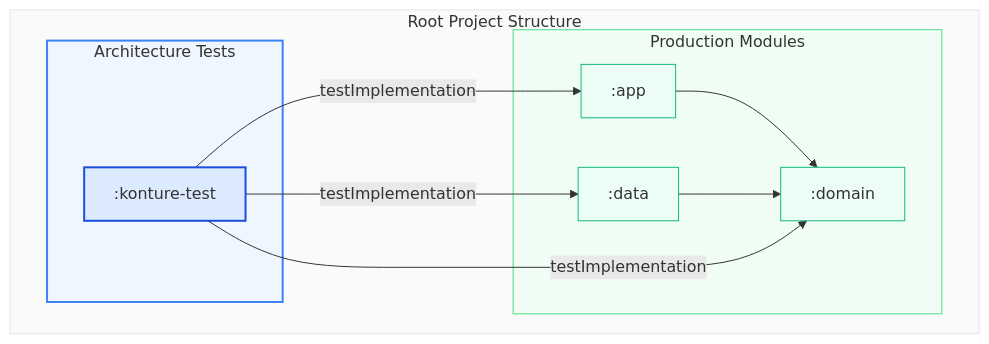
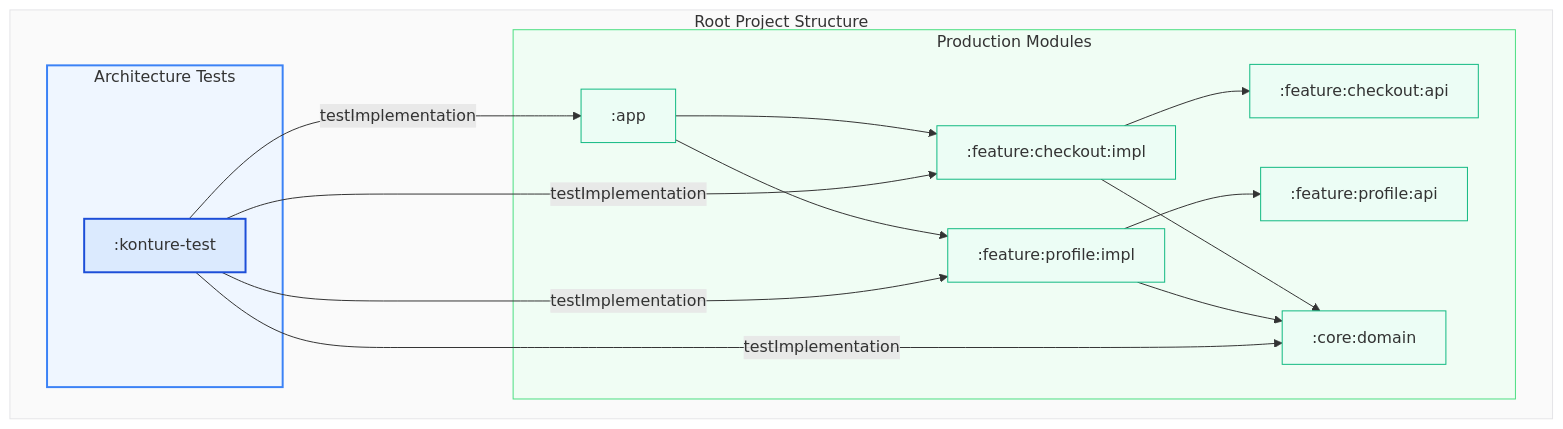
The first of 2 diagrams in docs/articles/kotlin-architecture-tests-with-konture.md (baole/konture), drawn with Mermaid before and after one commit. The commit also changed other lines of this file and 2 other files, not shown here.

````diff
--- a/docs/articles/kotlin-architecture-tests-with-konture.md
+++ b/docs/articles/kotlin-architecture-tests-with-konture.md
@@ -21,26 +21,34 @@
 ```mermaid
 flowchart TD
     subgraph Root ["Root Project Structure"]
         direction LR
         subgraph Prod ["Production Modules"]
-            App[":app"] --> Domain[":domain"]
-            Data[":data"] --> Domain
+            App[":app"] --> CheckoutImpl[":feature:checkout:impl"]
+            App --> ProfileImpl[":feature:profile:impl"]
+            CheckoutImpl --> CheckoutApi[":feature:checkout:api"]
+            ProfileImpl --> ProfileApi[":feature:profile:api"]
+            CheckoutImpl --> Core[":core:domain"]
+            ProfileImpl --> Core
         end
 
         subgraph Test ["Architecture Tests"]
             KT[":konture-test"]
         end
     end
 
     KT -->|testImplementation| App
-    KT -->|testImplementation| Data
-    KT -->|testImplementation| Domain
+    KT -->|testImplementation| CheckoutImpl
+    KT -->|testImplementation| ProfileImpl
+    KT -->|testImplementation| Core
 
     style Root fill:#fafafa,stroke:#e4e4e7,stroke-width:1px
     style Prod fill:#f0fdf4,stroke:#4ade80,stroke-width:1px
     style Test fill:#eff6ff,stroke:#3b82f6,stroke-width:2px
     style App fill:#ecfdf5,stroke:#10b981,stroke-width:1px
-    style Domain fill:#ecfdf5,stroke:#10b981,stroke-width:1px
-    style Data fill:#ecfdf5,stroke:#10b981,stroke-width:1px
+    style CheckoutImpl fill:#ecfdf5,stroke:#10b981,stroke-width:1px
+    style ProfileImpl fill:#ecfdf5,stroke:#10b981,stroke-width:1px
+    style CheckoutApi fill:#ecfdf5,stroke:#10b981,stroke-width:1px
+    style ProfileApi fill:#ecfdf5,stroke:#10b981,stroke-width:1px
+    style Core fill:#ecfdf5,stroke:#10b981,stroke-width:1px
     style KT fill:#dbeafe,stroke:#1d4ed8,stroke-width:2px
 ```
````
